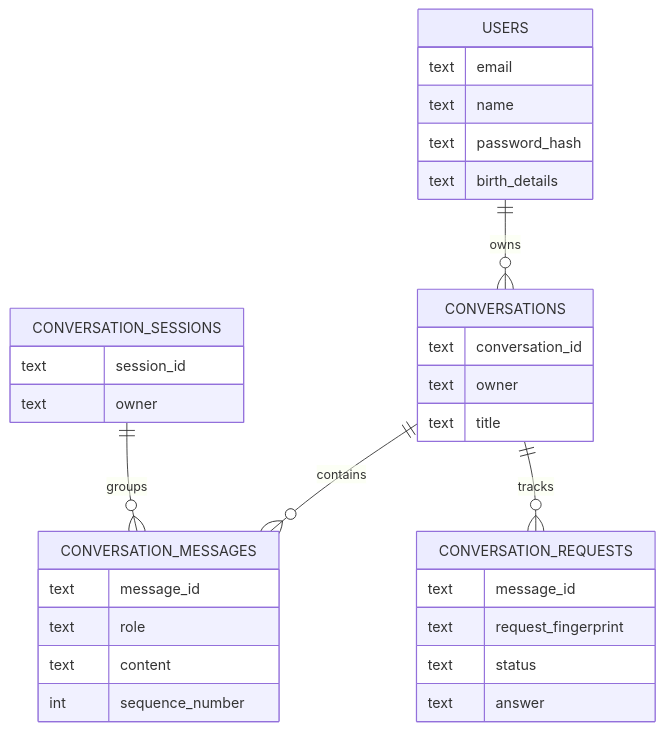
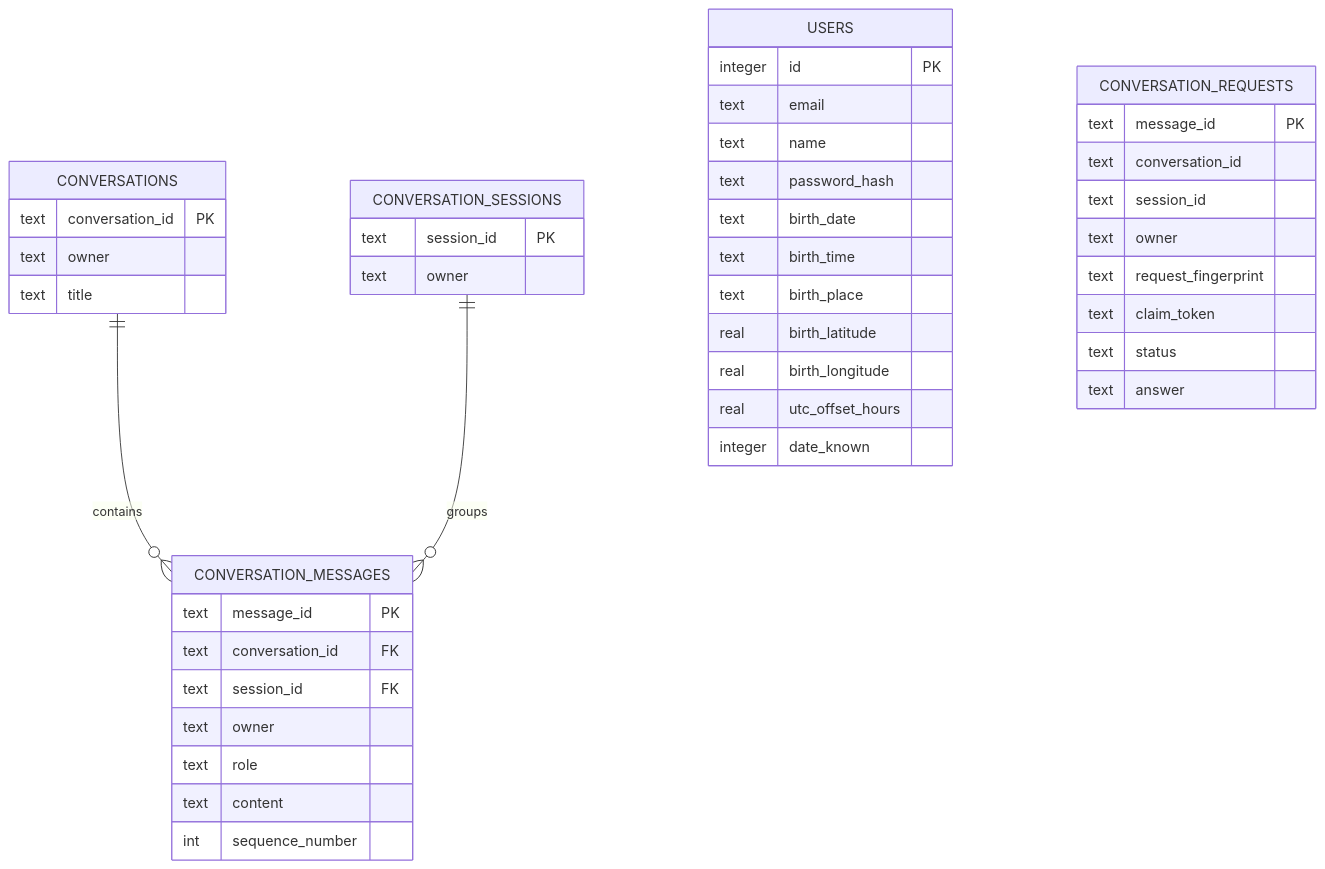
Before and after one commit to chamanthmvs/AstroWeave: the first of 5 diagrams in docs/book/08-accounts-and-history.md, drawn with Mermaid. The commit also changed other lines of this file and 10 other files, not shown here.

````diff
--- a/docs/book/08-accounts-and-history.md
+++ b/docs/book/08-accounts-and-history.md
@@ -13,34 +13,46 @@
 ```mermaid
 erDiagram
-    USERS ||--o{ CONVERSATIONS : owns
     CONVERSATIONS ||--o{ CONVERSATION_MESSAGES : contains
     CONVERSATION_SESSIONS ||--o{ CONVERSATION_MESSAGES : groups
-    CONVERSATIONS ||--o{ CONVERSATION_REQUESTS : tracks
     USERS {
+      integer id PK
       text email
       text name
       text password_hash
-      text birth_details
+      text birth_date
+      text birth_time
+      text birth_place
+      real birth_latitude
+      real birth_longitude
+      real utc_offset_hours
+      integer date_known
     }
     CONVERSATIONS {
-      text conversation_id
+      text conversation_id PK
       text owner
       text title
     }
     CONVERSATION_SESSIONS {
-      text session_id
+      text session_id PK
       text owner
     }
     CONVERSATION_MESSAGES {
-      text message_id
+      text message_id PK
+      text conversation_id FK
+      text session_id FK
+      text owner
       text role
       text content
       int sequence_number
     }
     CONVERSATION_REQUESTS {
-      text message_id
+      text message_id PK
+      text conversation_id
+      text session_id
+      text owner
       text request_fingerprint
+      text claim_token
       text status
       text answer
     }
 ```
````
